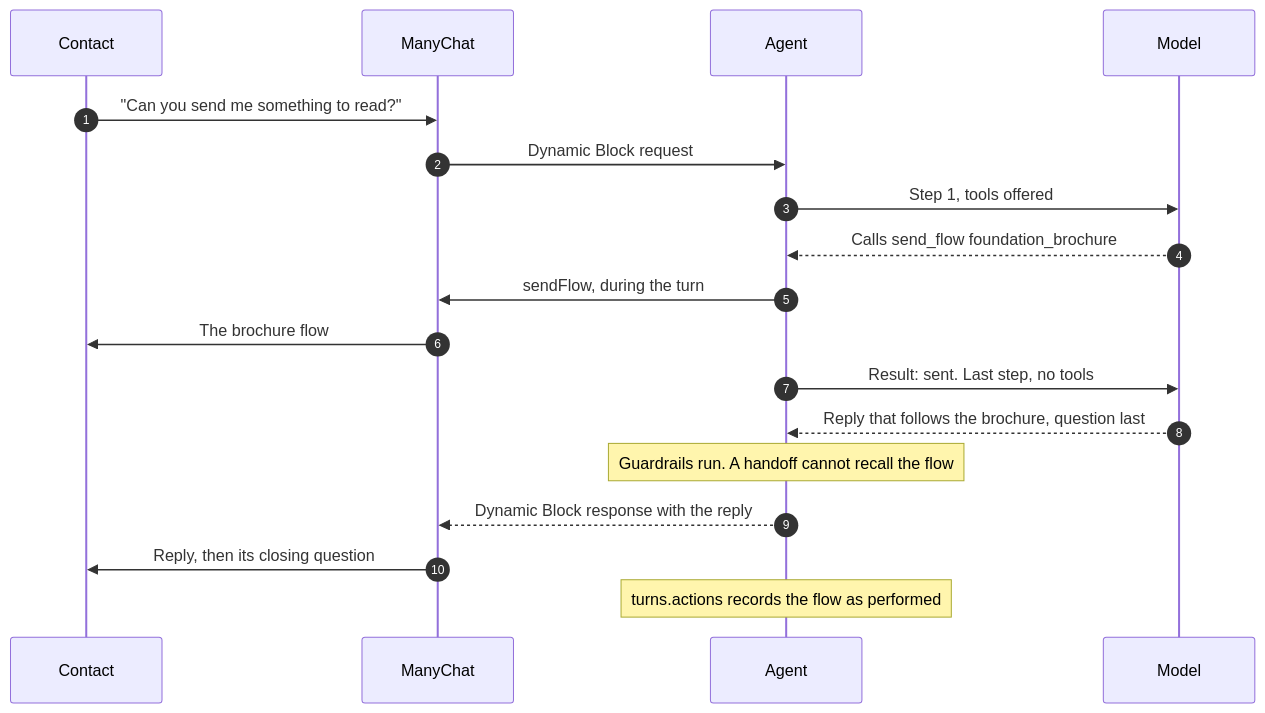
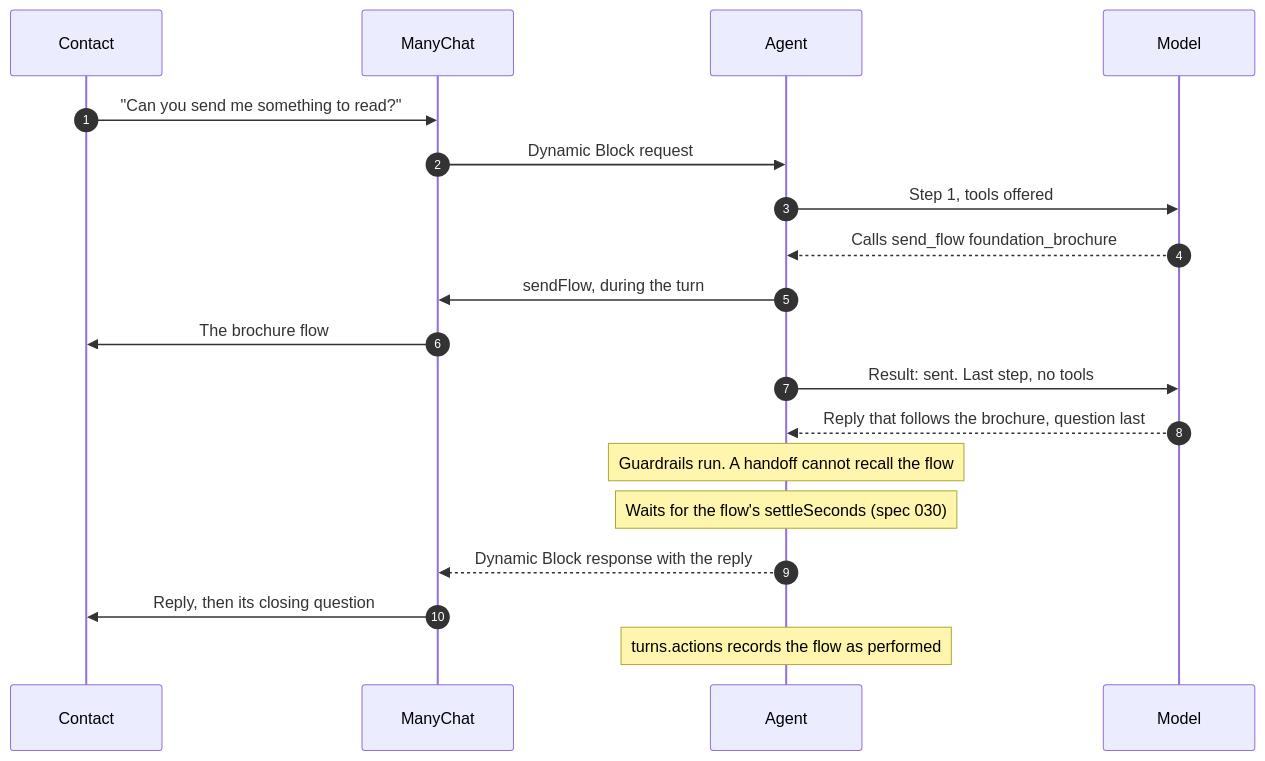
Before and after one commit to pedronastasi/manychat-ai-agent: the second of 4 diagrams in README.md, drawn with Mermaid. The commit also changed 20 other files, not shown here.

First line of the commit message:
feat: hold a reply until the flow it follows has played (spec 030)

````diff
--- a/README.md
+++ b/README.md
@@ -450,21 +450,22 @@
 ```mermaid
 sequenceDiagram
     autonumber
     participant C as Contact
     participant M as ManyChat
     participant A as Agent
     participant L as Model
 
     C->>M: "Can you send me something to read?"
     M->>A: Dynamic Block request
     A->>L: Step 1, tools offered
     L-->>A: Calls send_flow foundation_brochure
     A->>M: sendFlow, during the turn
     M->>C: The brochure flow
     A->>L: Result: sent. Last step, no tools
     L-->>A: Reply that follows the brochure, question last
     Note over A: Guardrails run. A handoff cannot recall the flow
+    Note over A: Waits for the flow's settleSeconds (spec 030)
     A-->>M: Dynamic Block response with the reply
     M->>C: Reply, then its closing question
     Note over A: turns.actions records the flow as performed
 ```
````
